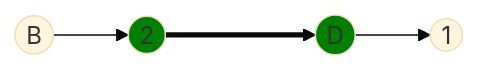
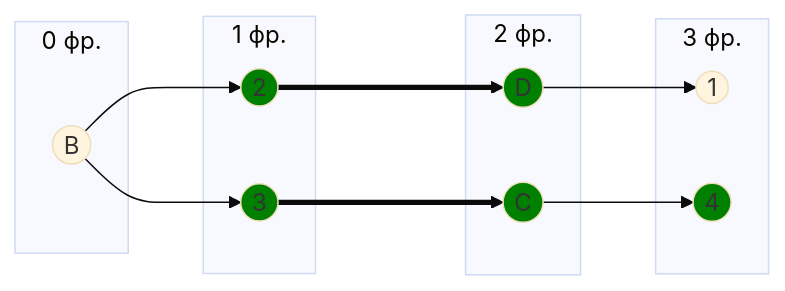
Before and after one commit to hse-algo-psapr-25/manual-tasks: the tenth of 12 diagrams in Задание 14/Rehash.md, drawn with Mermaid (base theme). The commit also changed other lines of this file, not shown here.

````diff
--- a/Задание 14/Rehash.md
+++ b/Задание 14/Rehash.md
@@ -277,11 +314,26 @@
 ```mermaid
 graph LR
-    B((B))
-    2((2))
-    D((D))
-    1((1))
+    subgraph " 0 фр."
+        B((B))
+    end
+    subgraph " 1 фр."
+        2((2))
+        3((3))
+    end
+    subgraph " 2 фр."
+        D((D))
+        С((С))
+    end
+    subgraph " 3 фр."
+        1((1))
+        4((4))
+    end
     B --> 2 ===> D --> 1
-    
+    B --> 3 ===> С --> 4
+
     style 2 fill:#008000
+    style 3 fill:#008000
+    style 4 fill:#008000
+    style С fill:#008000
     style D fill:#008000
 ```
````
